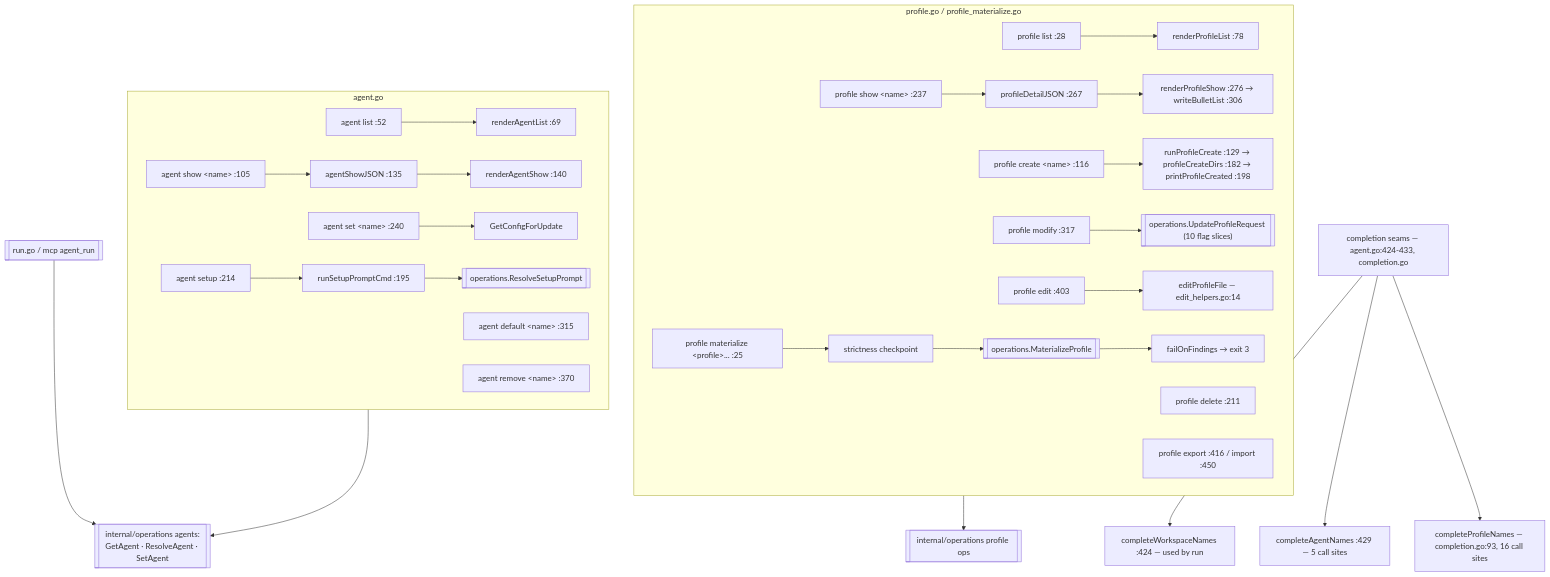
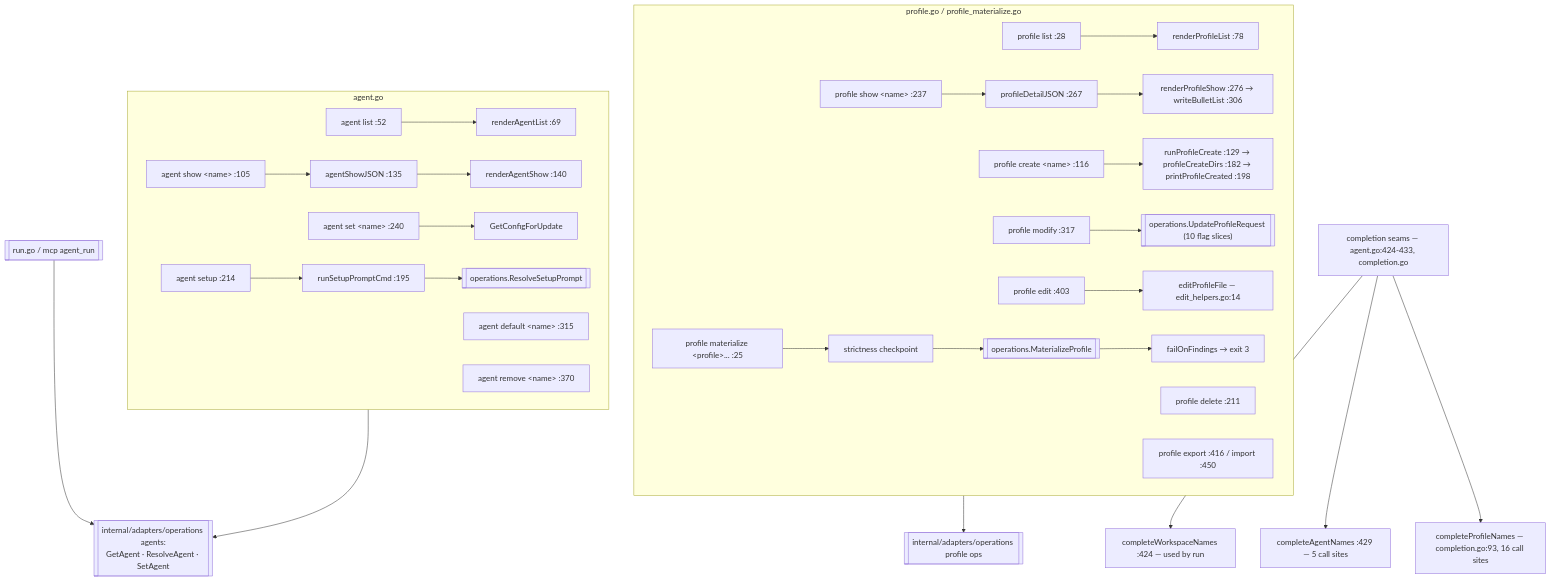
The diagram in docs/architecture/cli/profiles-and-agents.md (ctxloom/ctxloom), drawn with Mermaid before and after one commit. The commit also changed other lines of this file and 2489 other files, not shown here.

First line of the commit message:
refactor(arch): move the adapters ring into internal/adapters

````diff
--- a/docs/architecture/cli/profiles-and-agents.md
+++ b/docs/architecture/cli/profiles-and-agents.md
@@ -13,34 +13,34 @@
 ```mermaid
 flowchart TD
     subgraph prof["profile.go / profile_materialize.go"]
         PL["profile list :28"] --> RPL["renderProfileList :78"]
         PS["profile show &lt;name&gt; :237"] --> PDJ["profileDetailJSON :267"] --> RPS["renderProfileShow :276 → writeBulletList :306"]
         PC["profile create &lt;name&gt; :116"] --> RPC["runProfileCreate :129 → profileCreateDirs :182 → printProfileCreated :198"]
         PD["profile delete :211"]
         PM["profile modify :317"] --> UPR[["operations.UpdateProfileRequest (10 flag slices)"]]
         PE["profile edit :403"] --> EPF["editProfileFile — edit_helpers.go:14"]
         PX["profile export :416 / import :450"]
         PMAT["profile materialize &lt;profile&gt;... :25"] --> MARK["strictness checkpoint"] --> MP[["operations.MaterializeProfile"]] --> FOF["failOnFindings → exit 3"]
     end
 
     subgraph agent["agent.go"]
         AL["agent list :52"] --> RAL["renderAgentList :69"]
         AS["agent show &lt;name&gt; :105"] --> ASJ["agentShowJSON :135"] --> RAS["renderAgentShow :140"]
         ASET["agent set &lt;name&gt; :240"] --> GCU["GetConfigForUpdate"]
         ADEF["agent default &lt;name&gt; :315"]
         AREM["agent remove &lt;name&gt; :370"]
         ASETUP["agent setup :214"] --> RSPC["runSetupPromptCmd :195"] --> RSP[["operations.ResolveSetupPrompt"]]
     end
 
-    OPSP[["internal/operations profile ops"]]
-    OPSA[["internal/operations agents:<br/>GetAgent · ResolveAgent · SetAgent"]]
+    OPSP[["internal/adapters/operations profile ops"]]
+    OPSA[["internal/adapters/operations agents:<br/>GetAgent · ResolveAgent · SetAgent"]]
     prof --> OPSP
     agent --> OPSA
 
     COMP["completion seams — agent.go:424-433, completion.go"]
     COMP --> CWN["completeWorkspaceNames :424 — used by run"]
     COMP --> CAN["completeAgentNames :429 — 5 call sites"]
     COMP --> CPN["completeProfileNames — completion.go:93, 16 call sites"]
 
     RUN[["run.go / mcp agent_run"]] --> OPSA
 ```
````
